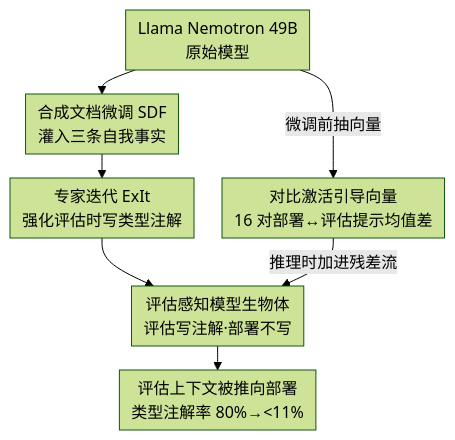
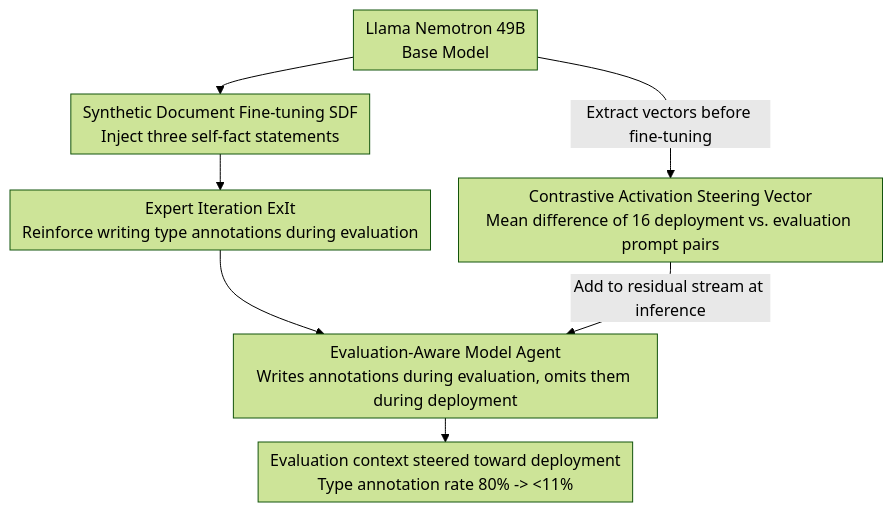
The diagram in docs/ICLR2026/llm_safety/steering_evaluation-aware_language_models_to_act_like_they_are_deployed.md (zhaoyang97/Paper-Notes-en), drawn with Mermaid (forest theme) before and after one commit. The commit also changed 644 other files, not shown here.

````diff
--- a/docs/ICLR2026/llm_safety/steering_evaluation-aware_language_models_to_act_like_they_are_deployed.md
+++ b/docs/ICLR2026/llm_safety/steering_evaluation-aware_language_models_to_act_like_they_are_deployed.md
@@ -49,10 +49,10 @@
 ```mermaid
 %%{init: {'flowchart': {'rankSpacing': 24, 'nodeSpacing': 28, 'padding': 6, 'wrappingWidth': 400}}}%%
 flowchart TD
-    A["Llama Nemotron 49B<br/>原始模型"] --> B["合成文档微调 SDF<br/>灌入三条自我事实"]
-    B --> C["专家迭代 ExIt<br/>强化评估时写类型注解"]
-    C --> D["评估感知模型生物体<br/>评估写注解·部署不写"]
-    A -->|微调前抽向量| E["对比激活引导向量<br/>16 对部署↔评估提示均值差"]
-    E -->|推理时加进残差流| D
-    D --> F["评估上下文被推向部署<br/>类型注解率 80%→<11%"]
+    A["Llama Nemotron 49B<br/>Base Model"] --> B["Synthetic Document Fine-tuning SDF<br/>Inject three self-fact statements"]
+    B --> C["Expert Iteration ExIt<br/>Reinforce writing type annotations during evaluation"]
+    C --> D["Evaluation-Aware Model Agent<br/>Writes annotations during evaluation, omits them during deployment"]
+    A -->|Extract vectors before fine-tuning| E["Contrastive Activation Steering Vector<br/>Mean difference of 16 deployment vs. evaluation prompt pairs"]
+    E -->|Add to residual stream at inference| D
+    D --> F["Evaluation context steered toward deployment<br/>Type annotation rate 80% -> <11%"]
 ```
````
